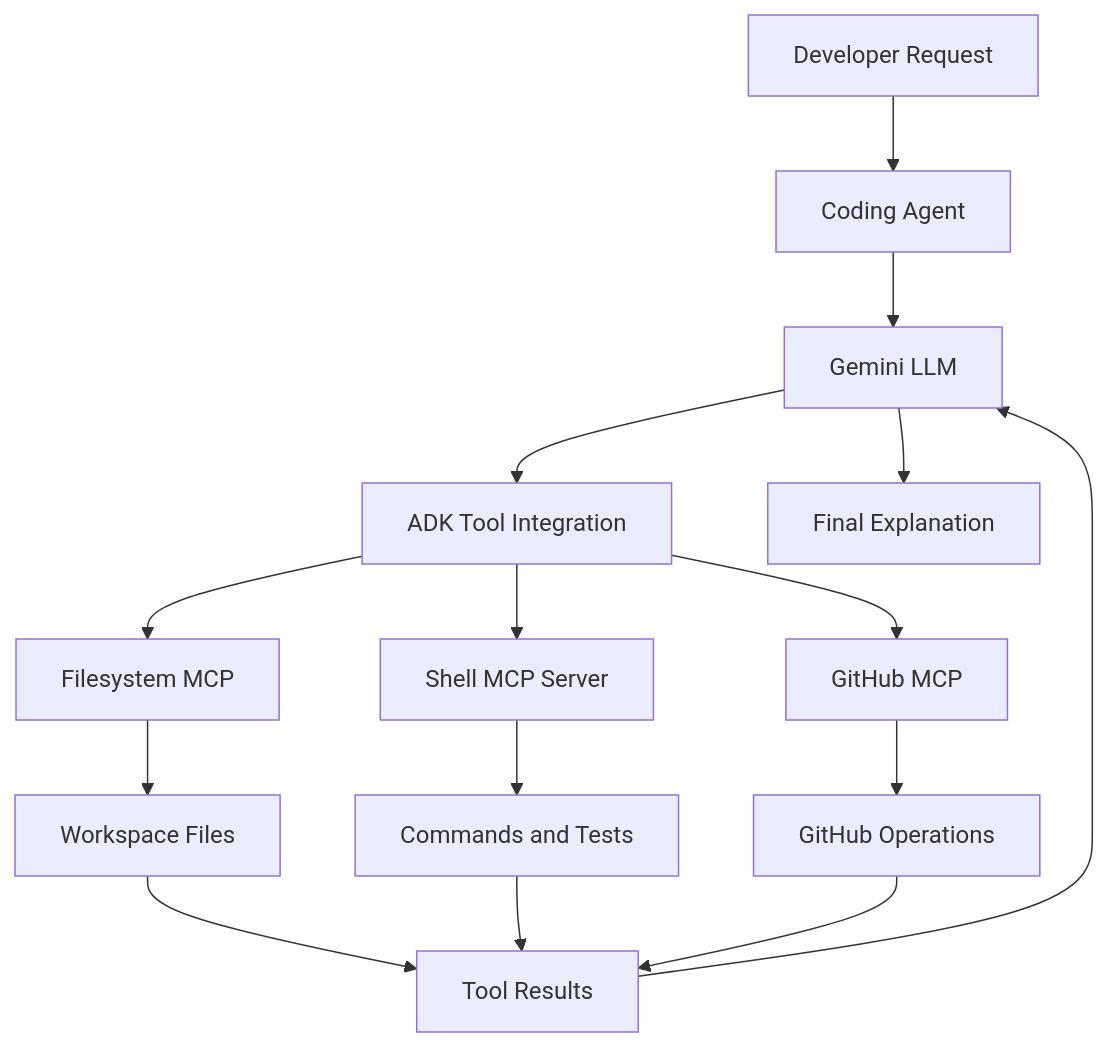
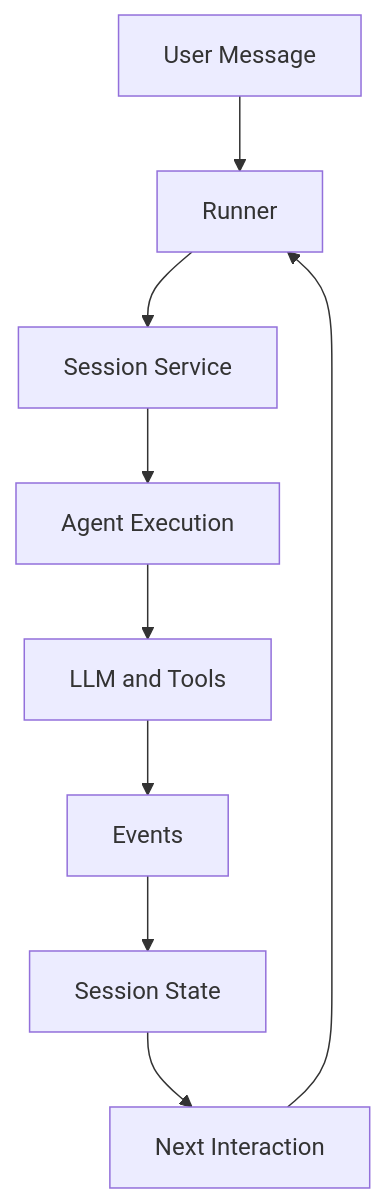
The fifth of 5 diagrams in README.md (mayanknegi22/Google-adk), drawn with Mermaid before and after one commit. The commit also changed other lines of this file, not shown here.

Commit message:
Improve README documentation for ADK projects

````diff
--- a/README.md
+++ b/README.md
@@ -507,21 +528,11 @@
 ```mermaid
 flowchart TD
-    A[Developer Request] --> B[Coding Agent]
-    B --> C[Gemini LLM]
-    C --> D[ADK Tool Integration]
-
-    D --> E[Filesystem MCP]
-    D --> F[Shell MCP Server]
-    D --> G[GitHub MCP]
-
-    E --> H[Workspace Files]
-    F --> I[Commands and Tests]
-    G --> J[GitHub Operations]
-
-    H --> K[Tool Results]
-    I --> K
-    J --> K
-
-    K --> C
-    C --> L[Final Explanation]
+    A[User Message] --> B[Runner]
+    B --> C[Session Service]
+    C --> D[Agent Execution]
+    D --> E[LLM and Tools]
+    E --> F[Events]
+    F --> G[Session State]
+    G --> H[Next Interaction]
+    H --> B
 ```
````
